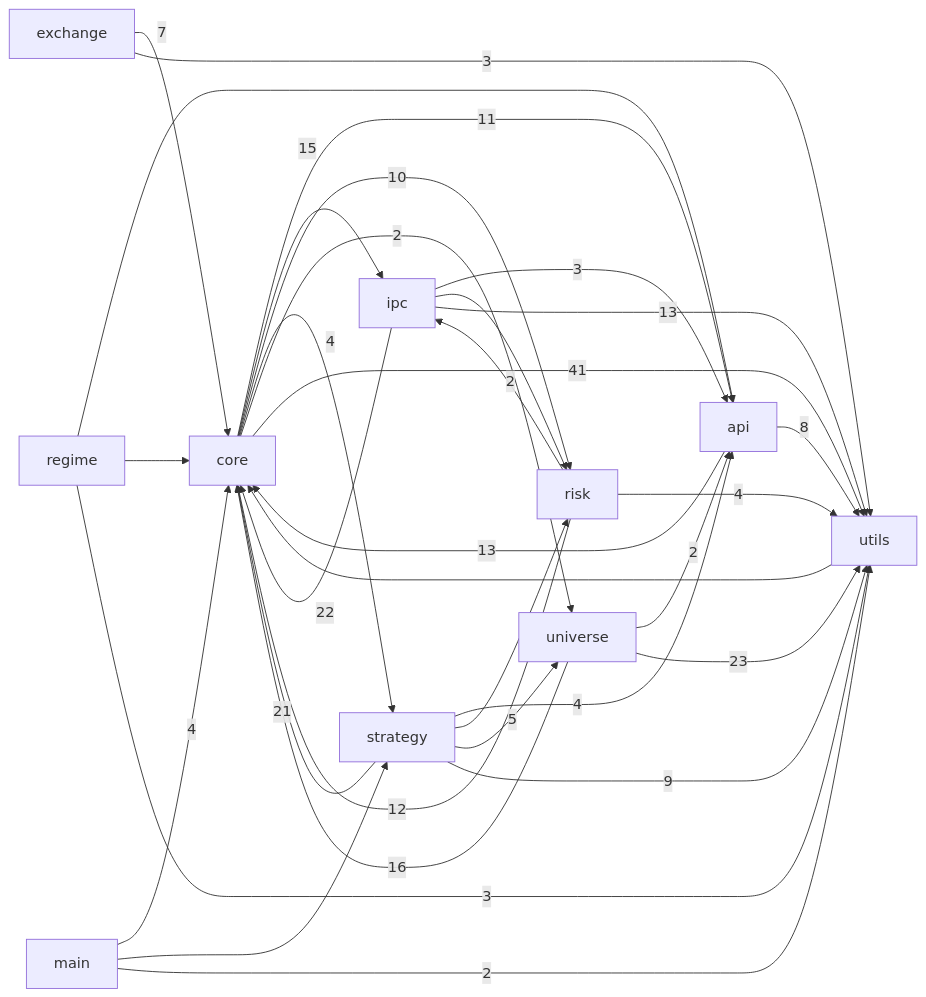
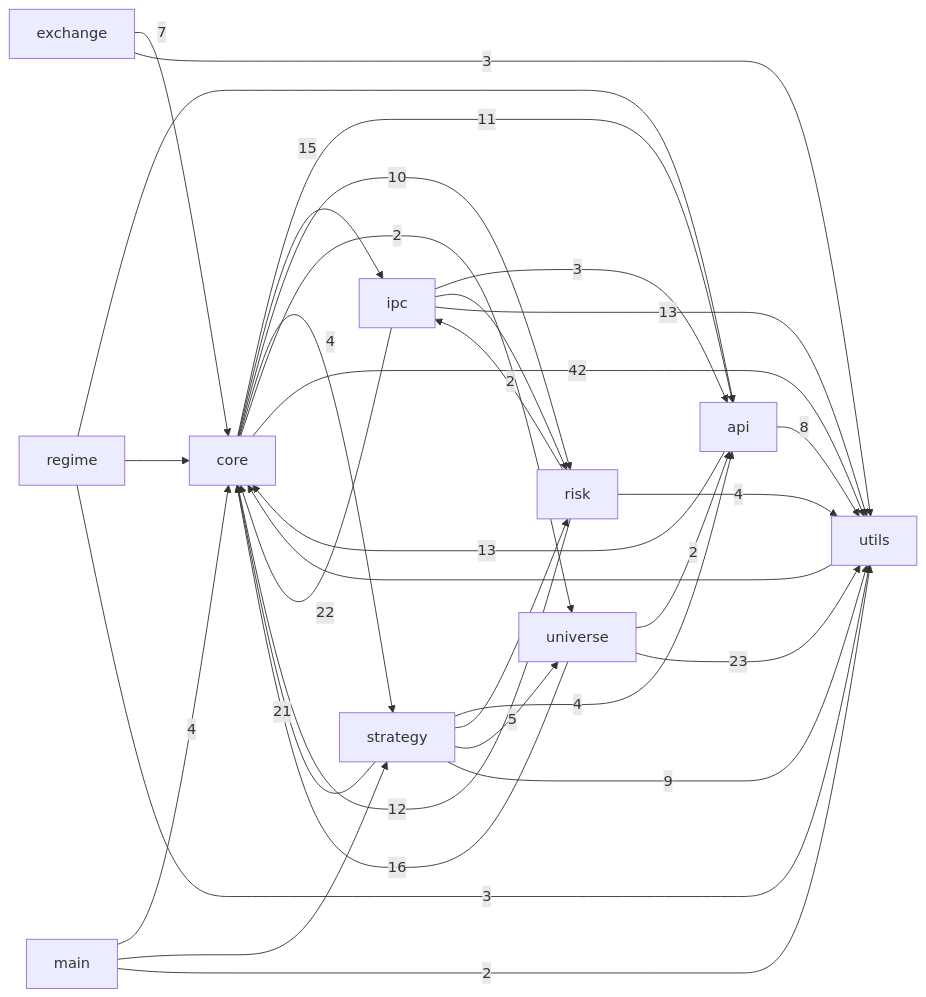
The first of 3 diagrams in docs/CODE_GRAPH.md (pypy8171/Quant), drawn with Mermaid before and after one commit. The commit also changed other lines of this file and 10 other files, not shown here.

````diff
--- a/docs/CODE_GRAPH.md
+++ b/docs/CODE_GRAPH.md
@@ -10,45 +10,45 @@
 ```mermaid
 graph LR
   main[main]
   core[core]
   strategy[strategy]
   api[api]
   universe[universe]
   risk[risk]
   ipc[ipc]
   utils[utils]
   exchange[exchange]
   regime[regime]
   api -->|13| core
   api -->|8| utils
   core -->|11| api
   core -->|15| ipc
   core -->|10| risk
   core -->|4| strategy
   core -->|2| universe
-  core -->|41| utils
+  core -->|42| utils
   exchange -->|7| core
   exchange -->|3| utils
   ipc -->|3| api
   ipc -->|22| core
   ipc --> risk
   ipc -->|13| utils
   main -->|4| core
   main --> strategy
   main -->|2| utils
   regime --> api
   regime --> core
   regime -->|3| utils
   risk -->|12| core
   risk -->|2| ipc
   risk -->|4| utils
   strategy -->|4| api
   strategy -->|21| core
   strategy --> risk
   strategy -->|5| universe
   strategy -->|9| utils
   universe -->|2| api
   universe -->|16| core
   universe -->|23| utils
   utils --> core
 ```
````
